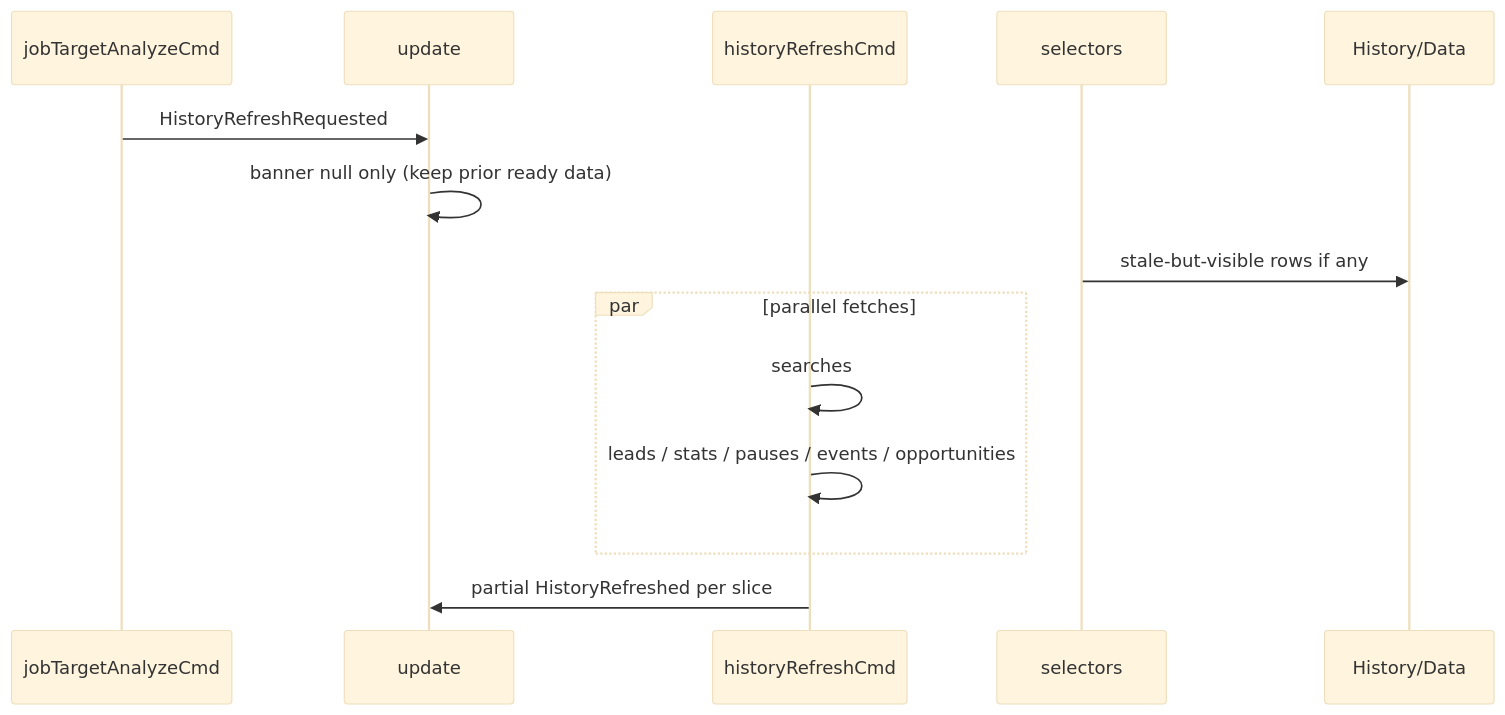
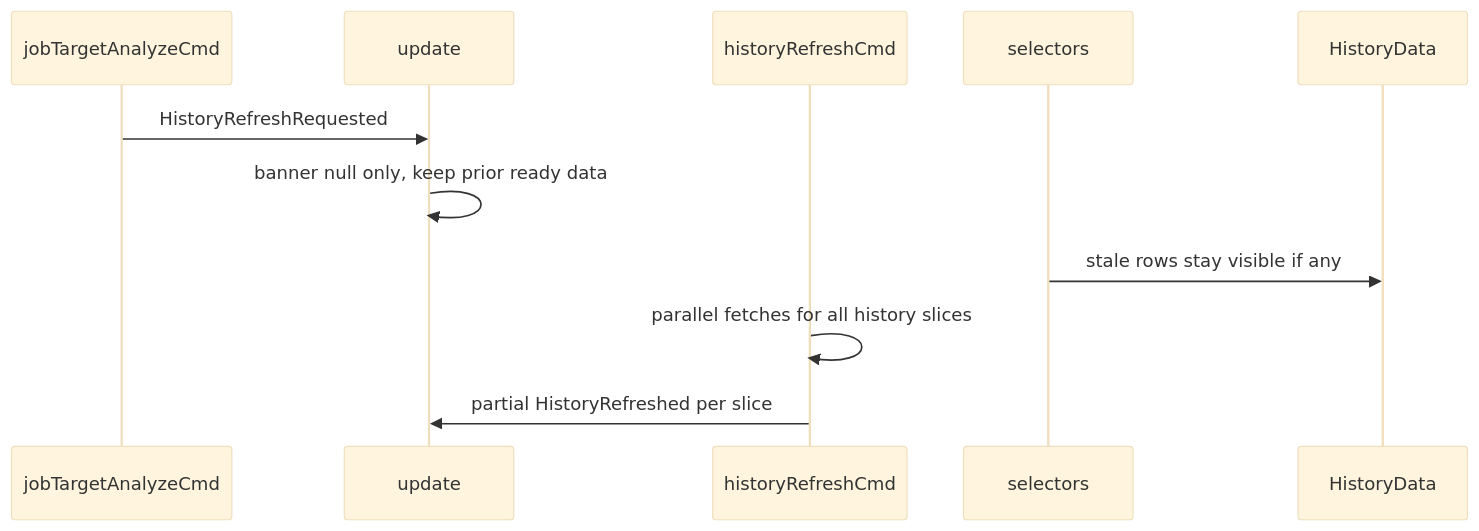
One commit to p10ns11y/collab-finder changed the fourth of 16 diagrams in reports/batch-2-engineering-blueprints.md. Above: the diagram before and after it, drawn with Mermaid (base theme). The commit also changed other lines of this file and 1 other file, not shown here.

First line of the commit message:
docs: fix GitHub Mermaid parse errors in planning reports

````diff
--- a/reports/batch-2-engineering-blueprints.md
+++ b/reports/batch-2-engineering-blueprints.md
@@ -109,17 +108,14 @@
 ```mermaid
 sequenceDiagram
   participant Job as jobTargetAnalyzeCmd
   participant U as update
   participant E as historyRefreshCmd
   participant Sel as selectors
-  participant UI as History/Data
+  participant UI as HistoryData
 
   Job->>U: HistoryRefreshRequested
-  U->>U: banner null only (keep prior ready data)
-  Sel->>UI: stale-but-visible rows if any
-  par parallel fetches
-    E->>E: searches
-    E->>E: leads / stats / pauses / events / opportunities
-  end
+  U->>U: banner null only, keep prior ready data
+  Sel->>UI: stale rows stay visible if any
+  E->>E: parallel fetches for all history slices
   E->>U: partial HistoryRefreshed per slice
 ```
````
